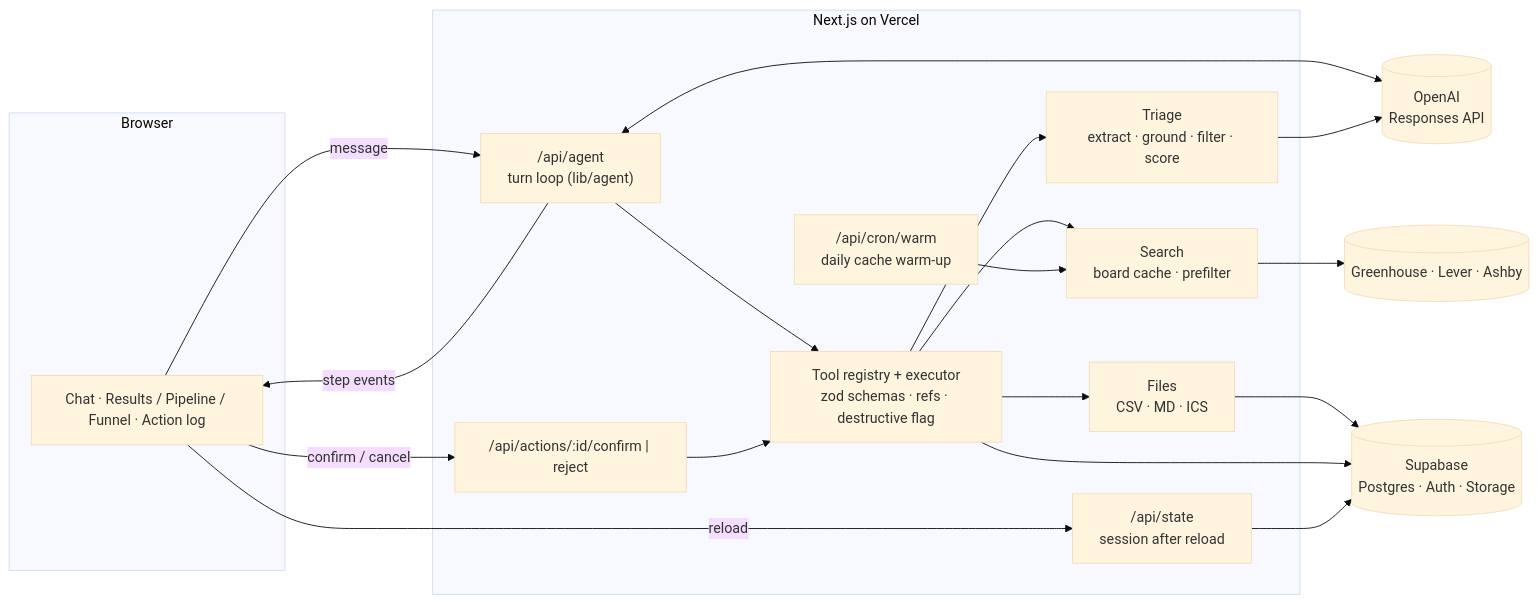
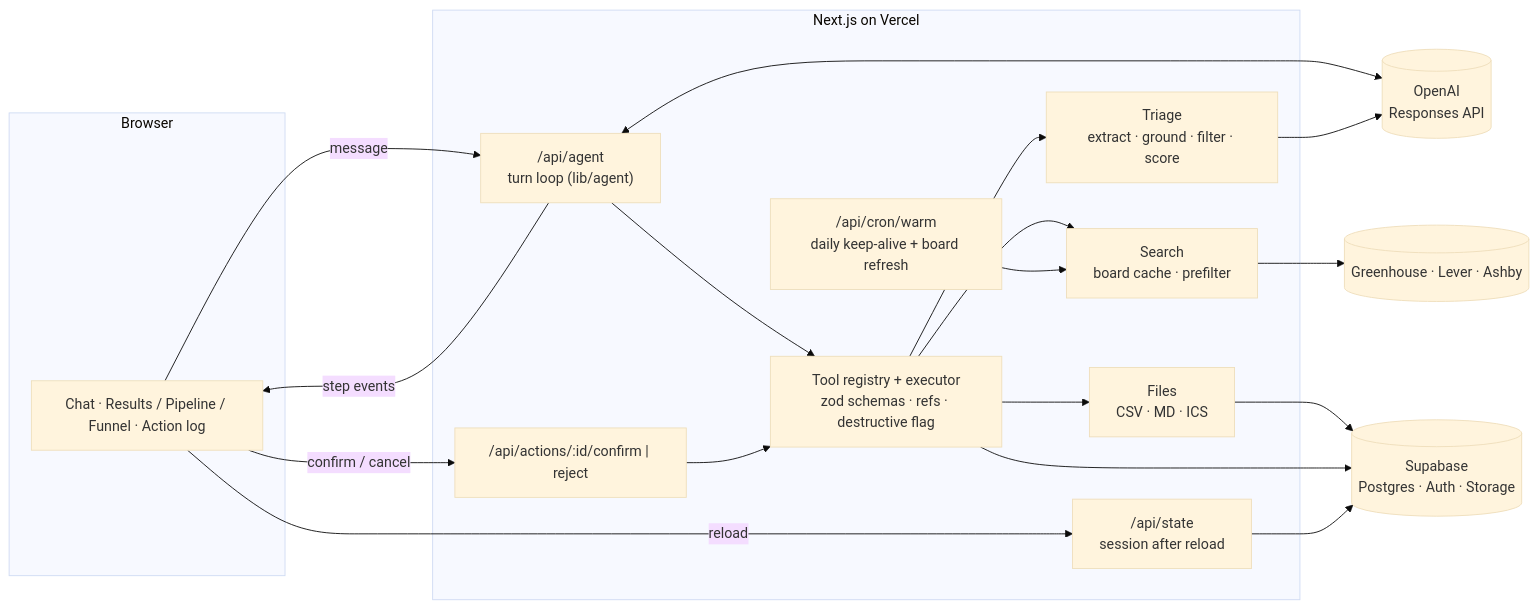
The diagram in README.md (Mooochew/offer-desk), drawn with Mermaid (base theme) before and after one commit. The commit also changed 15 other files, not shown here.

````diff
--- a/README.md
+++ b/README.md
@@ -36,33 +36,33 @@
 ```mermaid
 flowchart LR
   subgraph Browser
     UI["Chat · Results / Pipeline / Funnel · Action log"]
   end
   subgraph Vercel["Next.js on Vercel"]
     AG["/api/agent<br/>turn loop (lib/agent)"]
     ST["/api/state<br/>session after reload"]
     CF["/api/actions/:id/confirm | reject"]
-    CR["/api/cron/warm<br/>daily cache warm-up"]
+    CR["/api/cron/warm<br/>daily keep-alive + board refresh"]
     REG["Tool registry + executor<br/>zod schemas · refs · destructive flag"]
     SRC["Search<br/>board cache · prefilter"]
     TRI["Triage<br/>extract · ground · filter · score"]
     FIL["Files<br/>CSV · MD · ICS"]
   end
   OAI[(OpenAI<br/>Responses API)]
   SB[(Supabase<br/>Postgres · Auth · Storage)]
   EXT[(Greenhouse · Lever · Ashby)]
 
   UI -- message --> AG
   UI -- confirm / cancel --> CF
   UI -- reload --> ST
   AG <--> OAI
   AG --> REG
   REG --> SRC --> EXT
   REG --> TRI --> OAI
   REG --> FIL --> SB
   REG --> SB
   CF --> REG
   ST --> SB
   CR --> SRC
   AG -- step events --> UI
 ```
````
